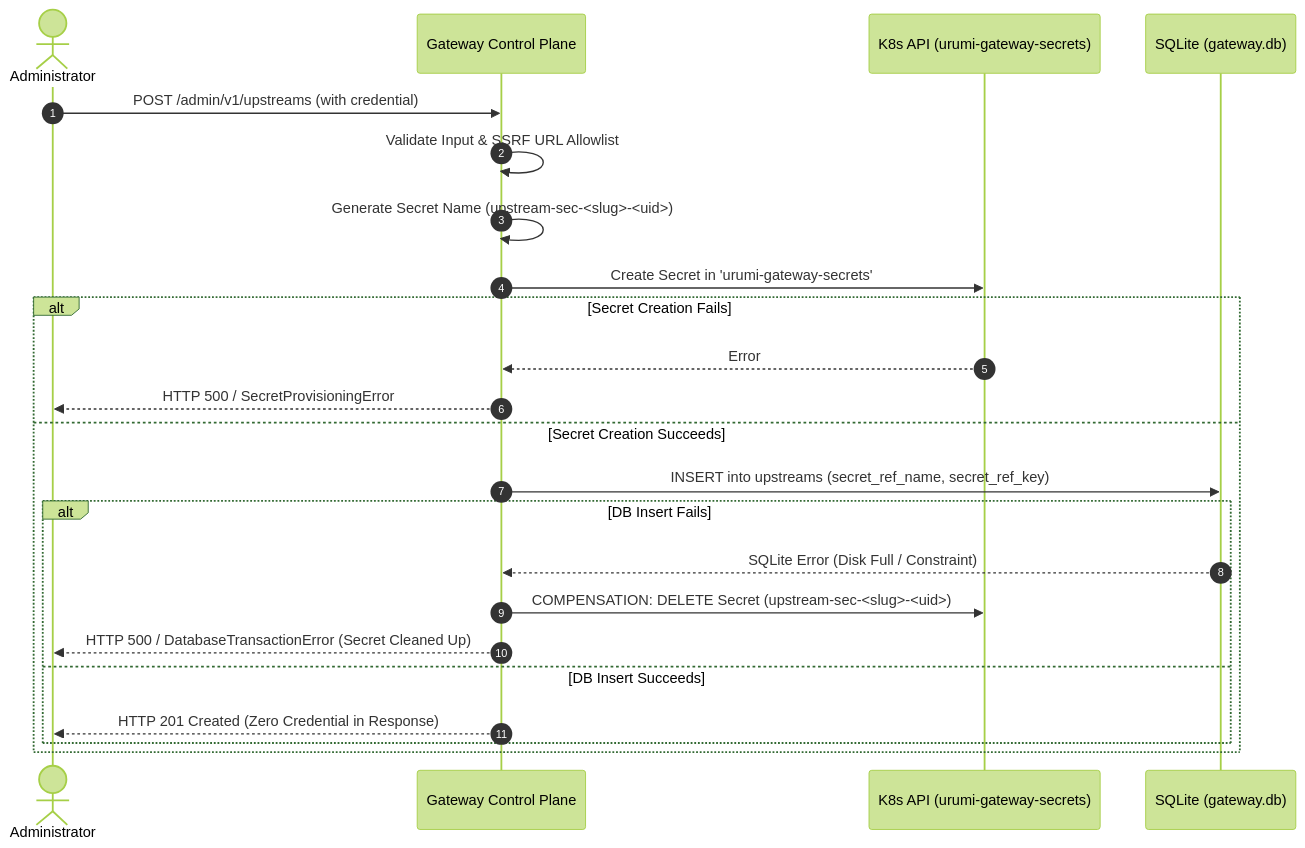
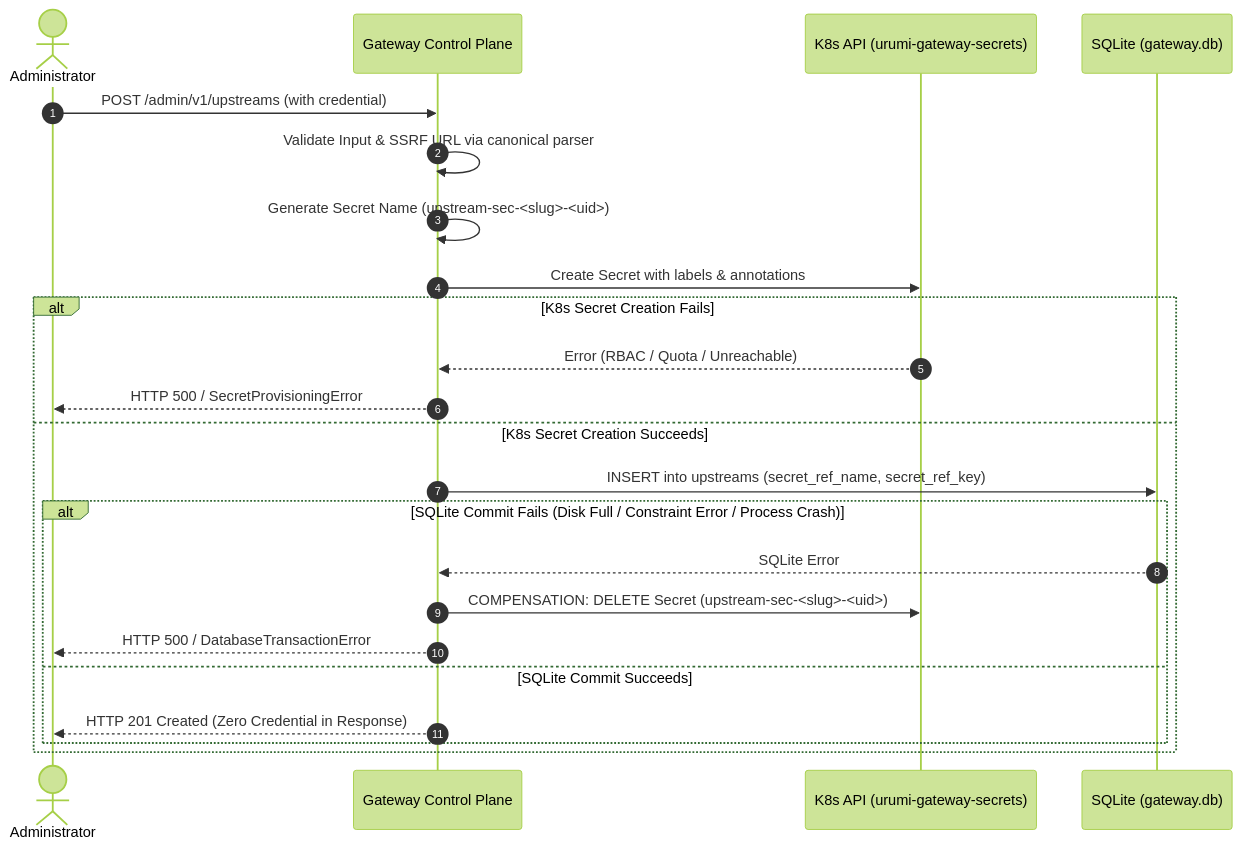
One commit to AdityaDRathore/MCP-Gateway-Kubernetes-Wcom changed the diagram in docs/decisions/ADR-017-network-defense-ssrf-allowlist-and-secret-rbac.md. Above: the diagram before and after it, drawn with Mermaid (forest theme). The commit also changed other lines of this file and 7 other files, not shown here.

Commit message:
ph 4: docs: update Architecture Decision Registers for Phase 4 gateway persistence, security, and resilience

````diff
--- a/docs/decisions/ADR-017-network-defense-ssrf-allowlist-and-secret-rbac.md
+++ b/docs/decisions/ADR-017-network-defense-ssrf-allowlist-and-secret-rbac.md
@@ -57,26 +255,26 @@
 ```mermaid
 sequenceDiagram
     autonumber
     actor Admin as Administrator
     participant GW as Gateway Control Plane
     participant K8S as K8s API (urumi-gateway-secrets)
     participant DB as SQLite (gateway.db)
 
     Admin->>GW: POST /admin/v1/upstreams (with credential)
-    GW->>GW: Validate Input & SSRF URL Allowlist
+    GW->>GW: Validate Input & SSRF URL via canonical parser
     GW->>GW: Generate Secret Name (upstream-sec-<slug>-<uid>)
-    GW->>K8S: Create Secret in 'urumi-gateway-secrets'
-    alt Secret Creation Fails
-        K8S-->>GW: Error
+    GW->>K8S: Create Secret with labels & annotations
+    alt K8s Secret Creation Fails
+        K8S-->>GW: Error (RBAC / Quota / Unreachable)
         GW-->>Admin: HTTP 500 / SecretProvisioningError
-    else Secret Creation Succeeds
+    else K8s Secret Creation Succeeds
         GW->>DB: INSERT into upstreams (secret_ref_name, secret_ref_key)
-        alt DB Insert Fails
-            DB-->>GW: SQLite Error (Disk Full / Constraint)
+        alt SQLite Commit Fails (Disk Full / Constraint Error / Process Crash)
+            DB-->>GW: SQLite Error
             GW->>K8S: COMPENSATION: DELETE Secret (upstream-sec-<slug>-<uid>)
-            GW-->>Admin: HTTP 500 / DatabaseTransactionError (Secret Cleaned Up)
-        else DB Insert Succeeds
+            GW-->>Admin: HTTP 500 / DatabaseTransactionError
+        else SQLite Commit Succeeds
             GW-->>Admin: HTTP 201 Created (Zero Credential in Response)
         end
     end
 ```
````
